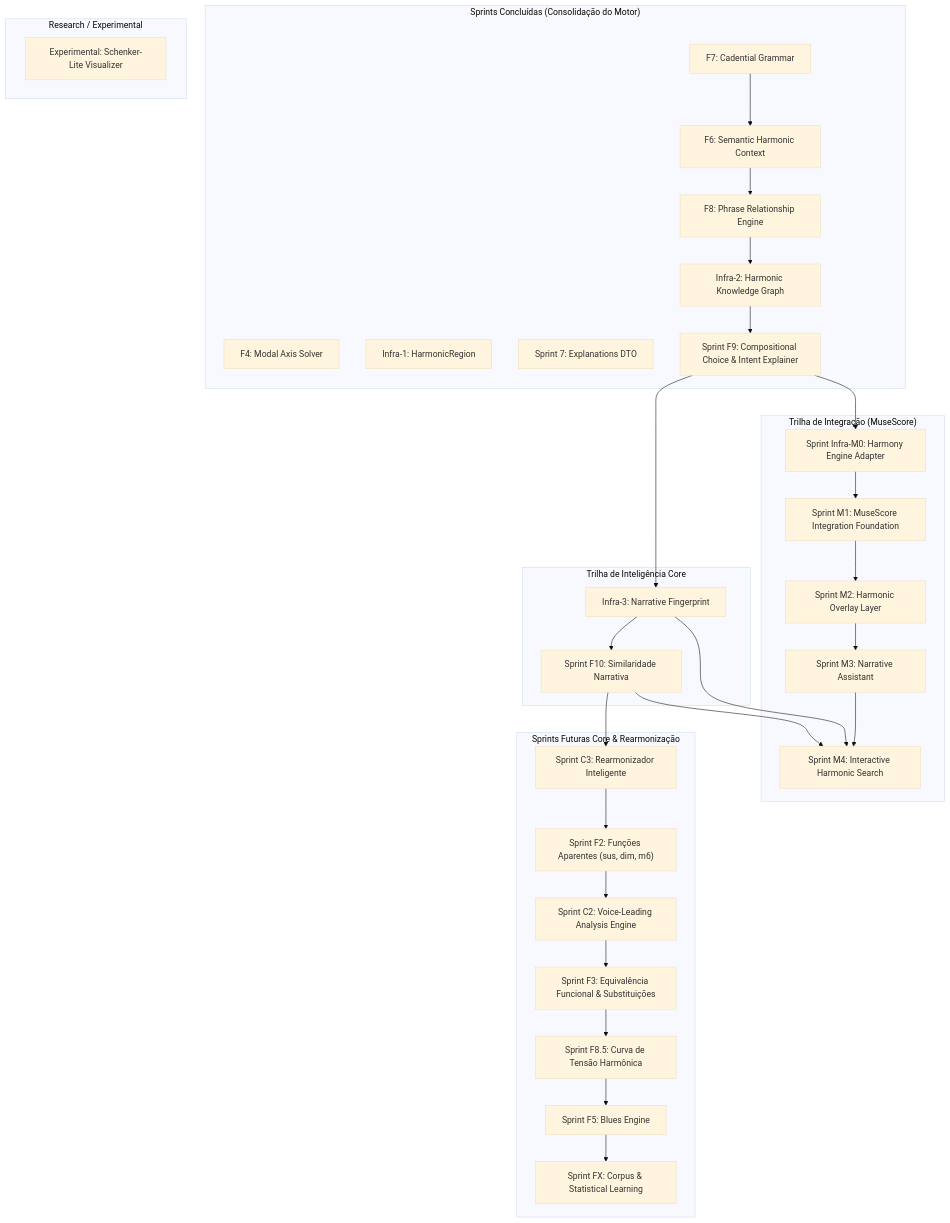
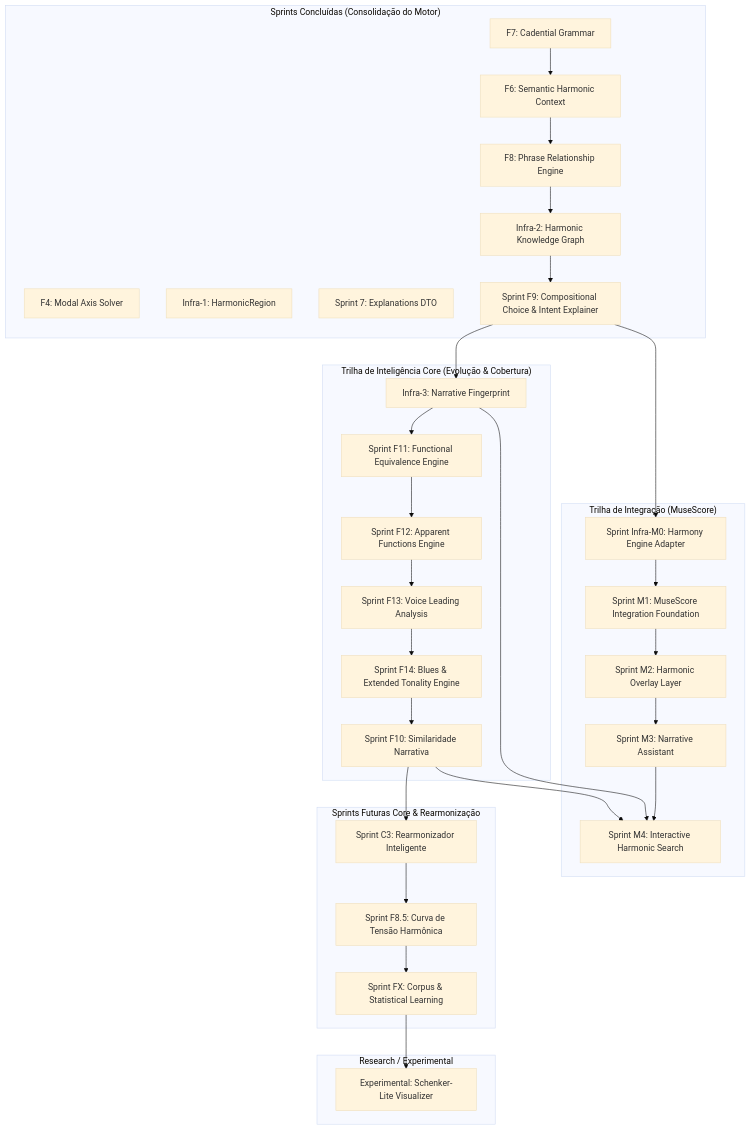
Before and after one commit to gustavoesteves/FindChord: the diagram in sprints/future_sprints.md, drawn with Mermaid (base theme). The commit also changed other lines of this file, not shown here.

Commit message:
Restructure Core Track promoting F11-F14 before F10 and update extensible layers in Infra-3

````diff
--- a/sprints/future_sprints.md
+++ b/sprints/future_sprints.md
@@ -36,65 +36,67 @@
 ```mermaid
 graph TD
     subgraph "Sprints Concluídas (Consolidação do Motor)"
         C4["F4: Modal Axis Solver"]
         CI1["Infra-1: HarmonicRegion"]
         CS7["Sprint 7: Explanations DTO"]
         CF7["F7: Cadential Grammar"]
         F6["F6: Semantic Harmonic Context"]
         F8["F8: Phrase Relationship Engine"]
         I2["Infra-2: Harmonic Knowledge Graph"]
         F9["Sprint F9: Compositional Choice & Intent Explainer"]
     end
 
-    subgraph "Trilha de Inteligência Core"
+    subgraph "Trilha de Inteligência Core (Evolução & Cobertura)"
         I3["Infra-3: Narrative Fingerprint"]
+        F11["Sprint F11: Functional Equivalence Engine"]
+        F12["Sprint F12: Apparent Functions Engine"]
+        F13["Sprint F13: Voice Leading Analysis"]
+        F14["Sprint F14: Blues & Extended Tonality Engine"]
         F10["Sprint F10: Similaridade Narrativa"]
     end
 
     subgraph "Trilha de Integração (MuseScore)"
         IM0["Sprint Infra-M0: Harmony Engine Adapter"]
         M1["Sprint M1: MuseScore Integration Foundation"]
         M2["Sprint M2: Harmonic Overlay Layer"]
         M3["Sprint M3: Narrative Assistant"]
         M4["Sprint M4: Interactive Harmonic Search"]
     end
-
     
     subgraph "Sprints Futuras Core & Rearmonização"
         C3["Sprint C3: Rearmonizador Inteligente"]
-        F2["Sprint F2: Funções Aparentes (sus, dim, m6)"]
-        C2["Sprint C2: Voice-Leading Analysis Engine"]
-        F3["Sprint F3: Equivalência Funcional & Substituições"]
         F8T["Sprint F8.5: Curva de Tensão Harmônica"]
-        F5["Sprint F5: Blues Engine"]
         FX["Sprint FX: Corpus & Statistical Learning"]
     end
 
     subgraph "Research / Experimental"
         C1["Experimental: Schenker-Lite Visualizer"]
     end
 
     CF7 --> F6
     F6 --> F8
     F8 --> I2
     I2 --> F9
     F9 --> I3
-    I3 --> F10
+    
+    I3 --> F11
+    F11 --> F12
+    F12 --> F13
+    F13 --> F14
+    F14 --> F10
     F10 --> C3
-    C3 --> F2
-    F2 --> C2
-
-    C2 --> F3
-    F3 --> F8T
-    F8T --> F5
-    F5 --> FX
+    
+    C3 --> F8T
+    F8T --> FX
+    FX --> C1
     
     F9 --> IM0
     IM0 --> M1
     M1 --> M2
     M2 --> M3
     M3 --> M4
     I3 --> M4
     F10 --> M4
 
+
 ```
````
